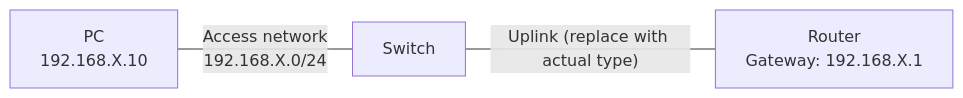
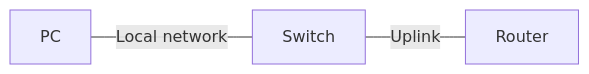
One commit to Kern-Jerome/CCNA-lab-portfolio changed the diagram in labs/_template/lab-writeup-template.md. Above: the diagram before and after it, drawn with Mermaid. The commit also changed other lines of this file, not shown here.

````diff
--- a/labs/_template/lab-writeup-template.md
+++ b/labs/_template/lab-writeup-template.md
@@ -15,5 +20,5 @@
 ```mermaid
 flowchart LR
-  pc["PC<br/>192.168.X.10"] ---|"Access network<br/>192.168.X.0/24"| sw["Switch"]
-  sw ---|"Uplink (replace with actual type)"| r1["Router<br/>Gateway: 192.168.X.1"]
+  pc["PC"] ---|"Local network"| sw["Switch"]
+  sw ---|"Uplink"| r1["Router"]
 ```
````
